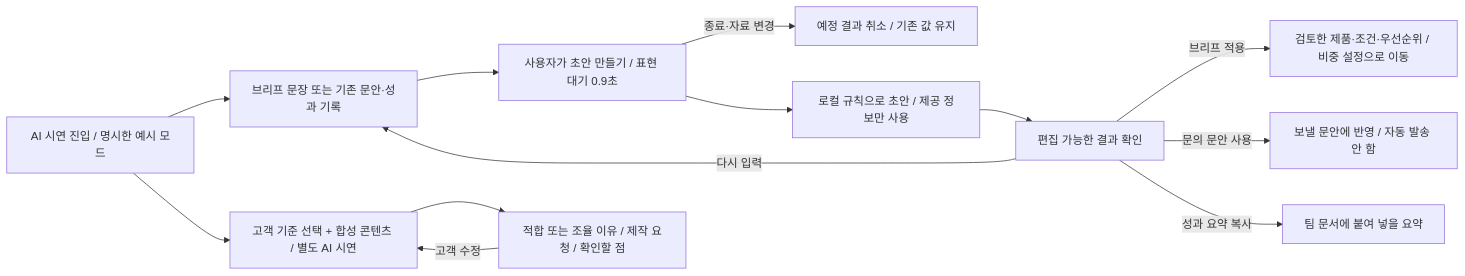
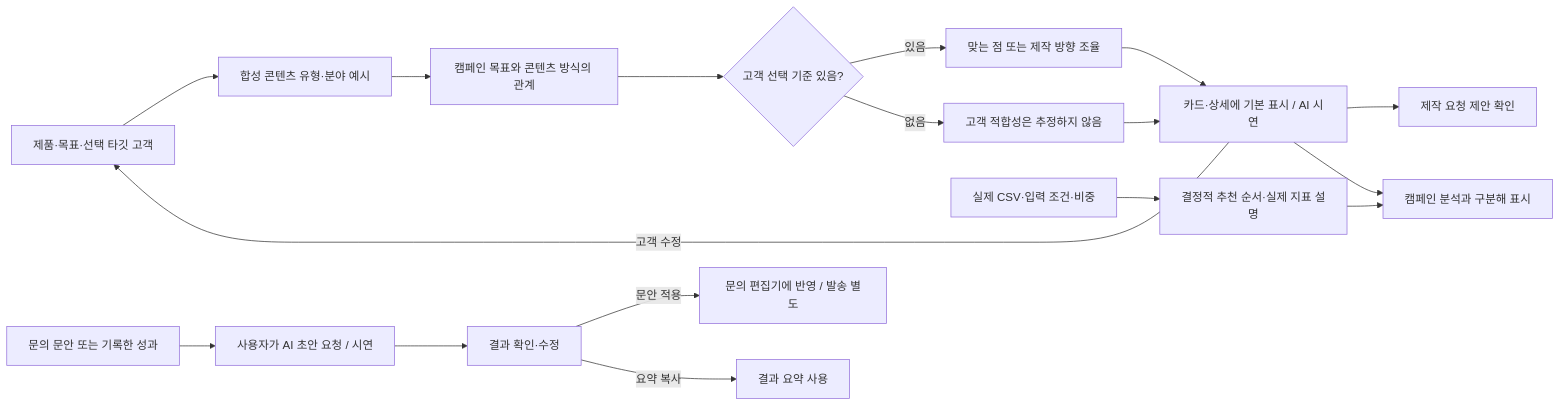
The third of 3 diagrams in flowchart.md (vk2commits/creator-match), drawn with Mermaid before and after one commit. The commit also changed other lines of this file and 7 other files, not shown here.

Commit message:
docs: align campaign-first UX with verified flows and review criteria

````diff
--- a/flowchart.md
+++ b/flowchart.md
@@ -129,15 +113,19 @@
 ```mermaid
 flowchart LR
-    A["AI 시연 진입 / 명시한 예시 모드"] --> B["브리프 문장 또는 기존 문안·성과 기록"]
-    B --> C["사용자가 초안 만들기 / 표현 대기 0.9초"]
-    C -- 종료·자료 변경 --> X["예정 결과 취소 / 기존 값 유지"]
-    C --> D["로컬 규칙으로 초안 / 제공 정보만 사용"]
-    D --> E["편집 가능한 결과 확인"]
-    E -- 다시 입력 --> B
-    E -- 브리프 적용 --> F["검토한 제품·조건·우선순위 / 비중 설정으로 이동"]
-    E -- 문의 문안 사용 --> G["보낼 문안에 반영 / 자동 발송 안 함"]
-    E -- 성과 요약 복사 --> H["팀 문서에 붙여 넣을 요약"]
-    A --> P["고객 기준 선택 + 합성 콘텐츠 / 별도 AI 시연"]
-    P --> Q["적합 또는 조율 이유 / 제작 요청 / 확인할 점"]
-    Q -- 고객 수정 --> P
+    A["제품·목표·선택 타깃 고객"] --> B["합성 콘텐츠 유형·분야 예시"]
+    B --> C["캠페인 목표와 콘텐츠 방식의 관계"]
+    C --> D{"고객 선택 기준 있음?"}
+    D -- 있음 --> E["맞는 점 또는 제작 방향 조율"]
+    D -- 없음 --> F["고객 적합성은 추정하지 않음"]
+    E --> G["카드·상세에 기본 표시 / AI 시연"]
+    F --> G
+    G -- 고객 수정 --> A
+    G --> H["제작 요청 제안 확인"]
+    I["실제 CSV·입력 조건·비중"] --> J["결정적 추천 순서·실제 지표 설명"]
+    J --> K["캠페인 분석과 구분해 표시"]
+    G --> K
+    L["문의 문안 또는 기록한 성과"] --> M["사용자가 AI 초안 요청 / 시연"]
+    M --> N["결과 확인·수정"]
+    N -- 문안 적용 --> O["문의 편집기에 반영 / 발송 별도"]
+    N -- 요약 복사 --> P["결과 요약 사용"]
 ```
````
